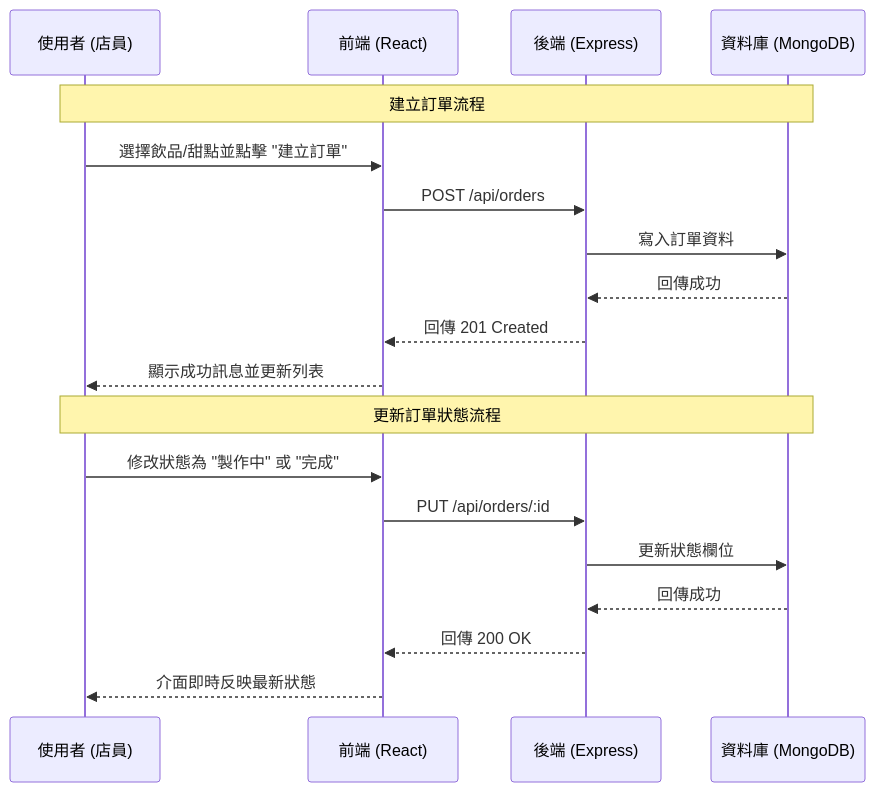
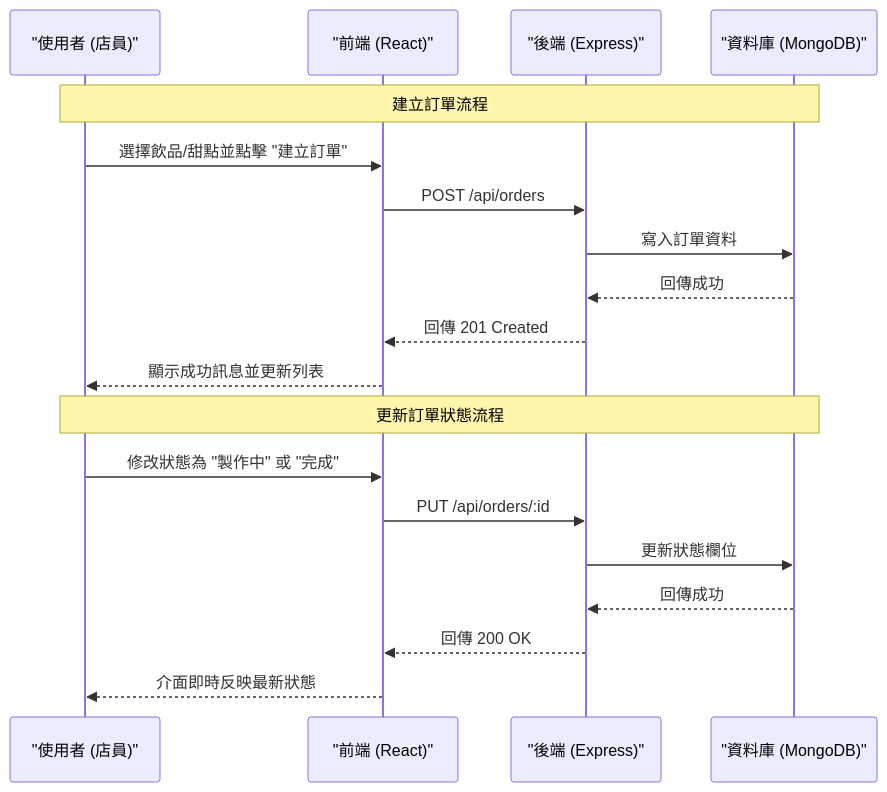
Before and after one commit to tsen0905/cafe: the second of 2 diagrams in README.md, drawn with Mermaid. The commit also changed other lines of this file, not shown here.

````diff
--- a/README.md
+++ b/README.md
@@ -40,25 +40,25 @@
 ```mermaid
 sequenceDiagram
-    participant User as 使用者 (店員)
-    participant React as 前端 (React)
-    participant API as 後端 (Express)
-    participant DB as 資料庫 (MongoDB)
+    participant User as "使用者 (店員)"
+    participant React as "前端 (React)"
+    participant API as "後端 (Express)"
+    participant DB as "資料庫 (MongoDB)"
 
     Note over User, DB: 建立訂單流程
 
     User->>React: 選擇飲品/甜點並點擊 "建立訂單"
     React->>API: POST /api/orders
     API->>DB: 寫入訂單資料
     DB-->>API: 回傳成功
     API-->>React: 回傳 201 Created
     React-->>User: 顯示成功訊息並更新列表
 
     Note over User, DB: 更新訂單狀態流程
     
     User->>React: 修改狀態為 "製作中" 或 "完成"
     React->>API: PUT /api/orders/:id
     API->>DB: 更新狀態欄位
     DB-->>API: 回傳成功
     API-->>React: 回傳 200 OK
     React-->>User: 介面即時反映最新狀態
 ```
````
